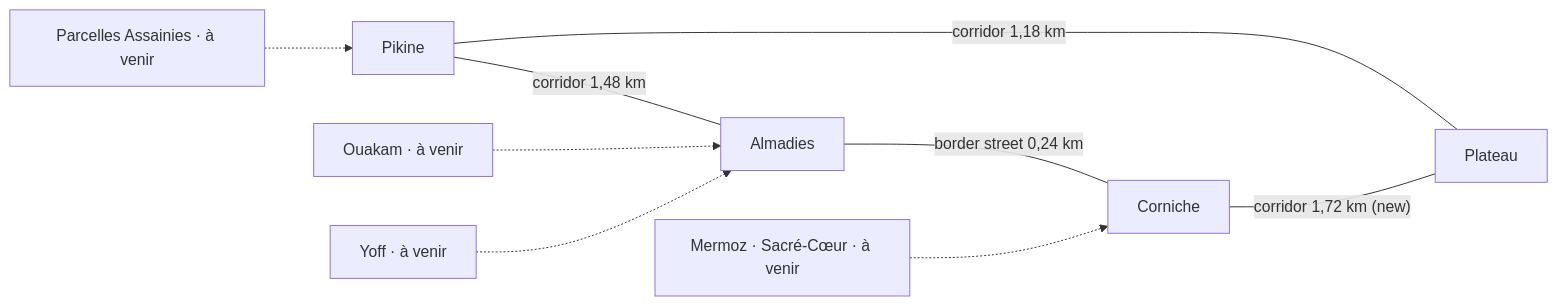
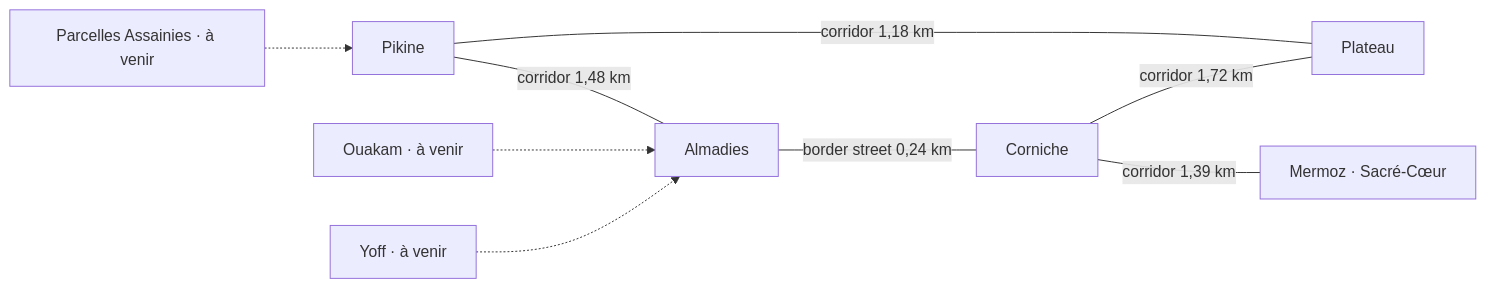
One commit to zayd95/dakar-rek changed the diagram in docs/map/NETWORK.md. Above: the diagram before and after it, drawn with Mermaid. The commit also changed other lines of this file and 2 other files, not shown here.

````diff
--- a/docs/map/NETWORK.md
+++ b/docs/map/NETWORK.md
@@ -7,11 +7,11 @@
 ```mermaid
 graph LR
   P["Pikine"] ---|"corridor 1,48 km"| A["Almadies"]
   P ---|"corridor 1,18 km"| PL["Plateau"]
   A ---|"border street 0,24 km"| C["Corniche"]
-  C ---|"corridor 1,72 km (new)"| PL
+  C ---|"corridor 1,72 km"| PL
+  C ---|"corridor 1,39 km"| M["Mermoz · Sacré-Cœur"]
   O["Ouakam · à venir"] -.-> A
   Y["Yoff · à venir"] -.-> A
   PA["Parcelles Assainies · à venir"] -.-> P
-  M["Mermoz · Sacré-Cœur · à venir"] -.-> C
 ```
````
